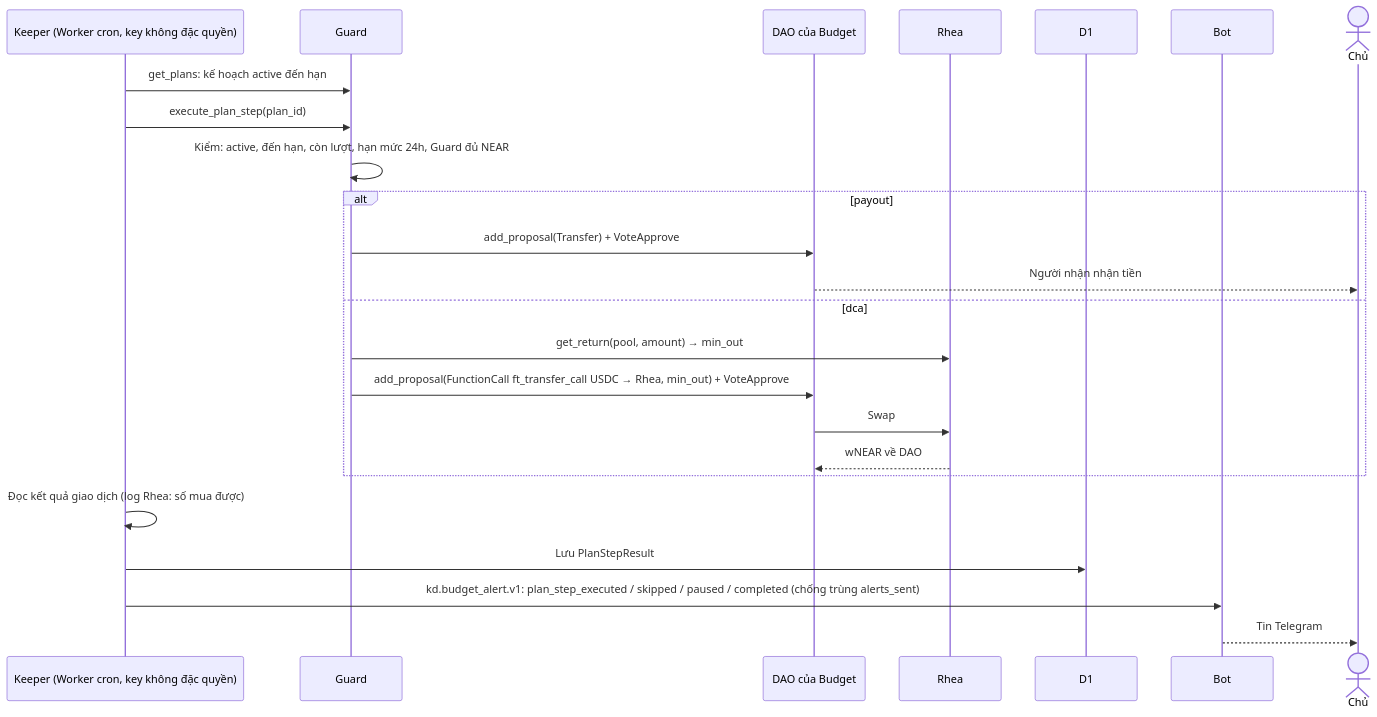
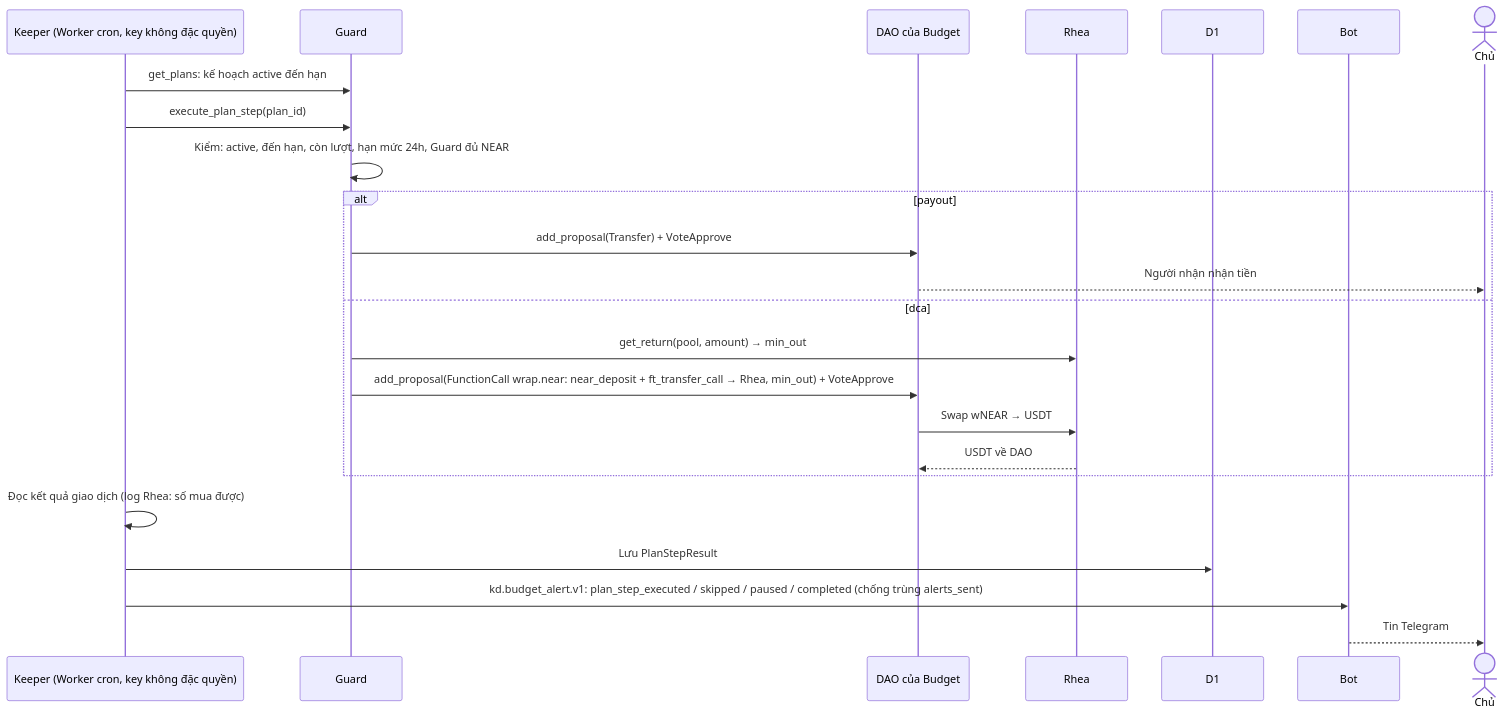
Diagram 20 of 21 in docs/usecase.md (BLV-Labs/keydoctor), drawn with Mermaid before and after one commit. The commit also changed other lines of this file and 1 other file, not shown here.

First line of the commit message:
docs(spec): DCA sells NEAR for USDT via Rhea, GĐ31 no longer needs GĐ23

````diff
--- a/docs/usecase.md
+++ b/docs/usecase.md
@@ -1122,27 +1122,27 @@
 ```mermaid
 sequenceDiagram
   participant K as Keeper (Worker cron, key không đặc quyền)
   participant G as Guard
   participant DAO as DAO của Budget
   participant R as Rhea
   participant DB as D1
   participant B as Bot
   actor U as Chủ
 
   K->>G: get_plans: kế hoạch active đến hạn
   K->>G: execute_plan_step(plan_id)
   G->>G: Kiểm: active, đến hạn, còn lượt, hạn mức 24h, Guard đủ NEAR
   alt payout
     G->>DAO: add_proposal(Transfer) + VoteApprove
     DAO-->>U: Người nhận nhận tiền
   else dca
     G->>R: get_return(pool, amount) → min_out
-    G->>DAO: add_proposal(FunctionCall ft_transfer_call USDC → Rhea, min_out) + VoteApprove
-    DAO->>R: Swap
-    R-->>DAO: wNEAR về DAO
+    G->>DAO: add_proposal(FunctionCall wrap.near: near_deposit + ft_transfer_call → Rhea, min_out) + VoteApprove
+    DAO->>R: Swap wNEAR → USDT
+    R-->>DAO: USDT về DAO
   end
   K->>K: Đọc kết quả giao dịch (log Rhea: số mua được)
   K->>DB: Lưu PlanStepResult
   K->>B: kd.budget_alert.v1: plan_step_executed / skipped / paused / completed (chống trùng alerts_sent)
   B-->>U: Tin Telegram
 ```
````
